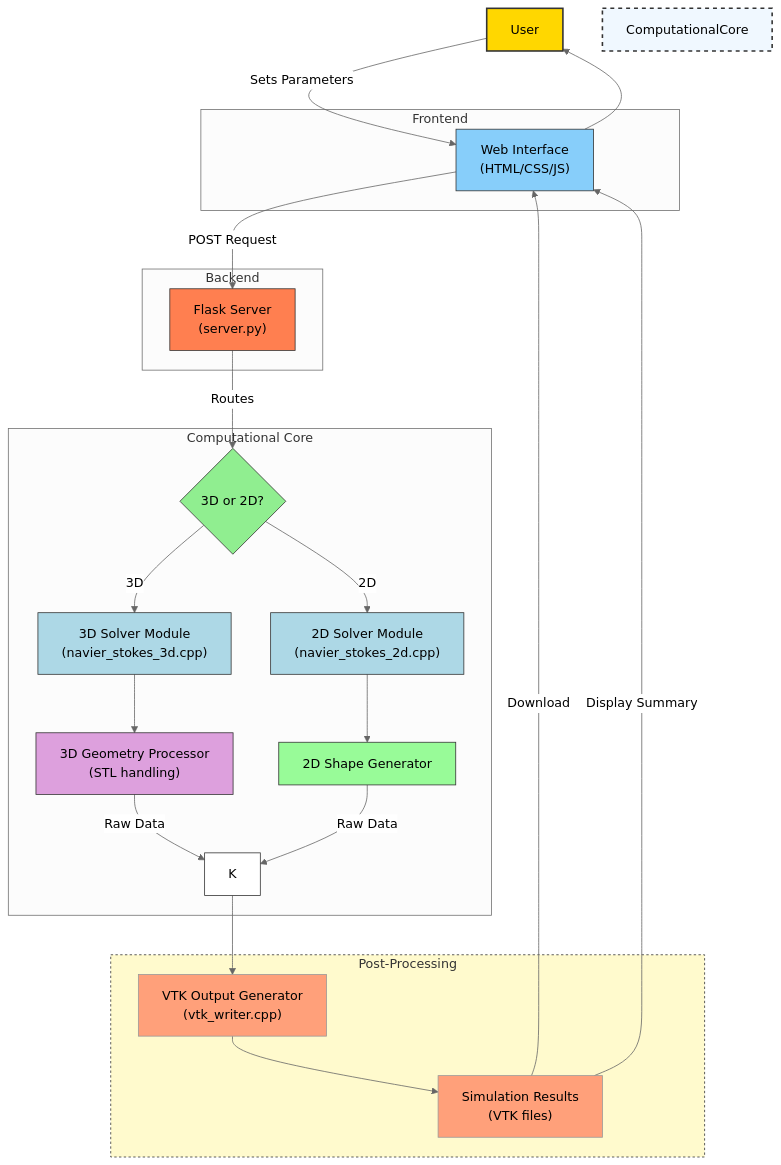
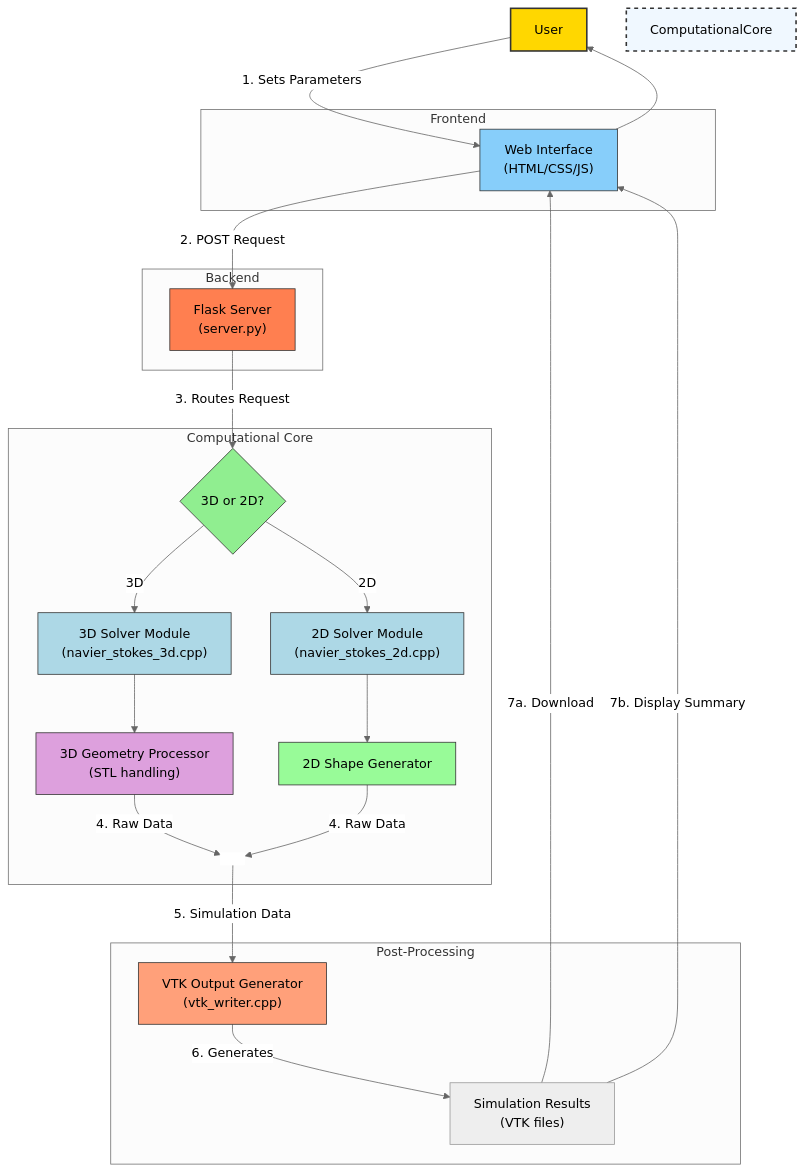
One commit to shivamKrishnan/simple_cfd changed the diagram in flowchart_computational_core.md. Above: the diagram before and after it, drawn with Mermaid (neutral theme).

````diff
--- a/flowchart_computational_core.md
+++ b/flowchart_computational_core.md
@@ -1,50 +1,50 @@
 ```mermaid
 flowchart TD
-    A[User] -->|Sets Parameters| B["Web Interface<br>(HTML/CSS/JS)"]
-    B -->|POST Request| C["Flask Server<br>(server.py)"]
-    C -->|Routes| E{"3D or 2D?"}
-    
+    %% Frontend (User Interface)
+    A[User] -->|1. Sets Parameters| B["Web Interface<br>(HTML/CSS/JS)"]
+    B -->|2. POST Request| C["Flask Server<br>(server.py)"]
+    C -->|3. Routes Request| E{"3D or 2D?"}
+
+    %% Computational Core
     subgraph Computational Core
         E -->|3D| F["3D Solver Module<br>(navier_stokes_3d.cpp)"]
         F --> H["3D Geometry Processor<br>(STL handling)"]
-        
         E -->|2D| G["2D Solver Module<br>(navier_stokes_2d.cpp)"]
         G --> J["2D Shape Generator"]
-        
-        H & J -->|Raw Data| K
+        H & J -->|4. Raw Data| K[[ ]]
     end
 
-    K --> M["VTK Output Generator<br>(vtk_writer.cpp)"]
-    M --> L["Simulation Results<br>(VTK files)"]
-    L -->|Download| B
-    L -->|Display Summary| B --> A
+    %% Post-Processing (VTK Generation)
+    K -->|5. Simulation Data| M["VTK Output Generator<br>(vtk_writer.cpp)"]
+    M -->|6. Generates| L["Simulation Results<br>(VTK files)"]
+    L -->|7a. Download| B
+    L -->|7b. Display Summary| B --> A
 
+    %% Subgraph Definitions
     subgraph Frontend
         B
     end
 
     subgraph Backend
         C
         E
     end
 
+    subgraph Post-Processing
+        M
+        L
+    end
+
+    %% Styling
     style A fill:#ffd700,stroke:#333,stroke-width:2px
     style B fill:#87cefa,stroke:#333
     style C fill:#ff7f50,stroke:#333
     style E fill:#90ee90,stroke:#333
     style ComputationalCore fill:#f0f8ff,stroke:#333,stroke-width:2px,stroke-dasharray:5 5
     style F fill:#add8e6,stroke:#333
     style G fill:#add8e6,stroke:#333
     style H fill:#dda0dd,stroke:#333
     style J fill:#98fb98,stroke:#333
-    style K fill:#ffffff,stroke:#333,stroke-width:0  %% Invisible connector
-    style M fill:#ffa07a,stroke:#333  %% VTK Generator
-    style L fill:#ffa07a,stroke:#333  %% Output files
-
-    %% Optional: Add a Post-Processing section
-    subgraph Post-Processing
-        M
-        L
-    end
-    style Post-Processing fill:#fffacd,stroke:#333,stroke-dasharray:3 3
-```
+    style K fill:#ffffff,stroke:#ffffff,stroke-width:0  %% Fully invisible
+    style M fill:#ffa07a,stroke:#333
+   ```
````
